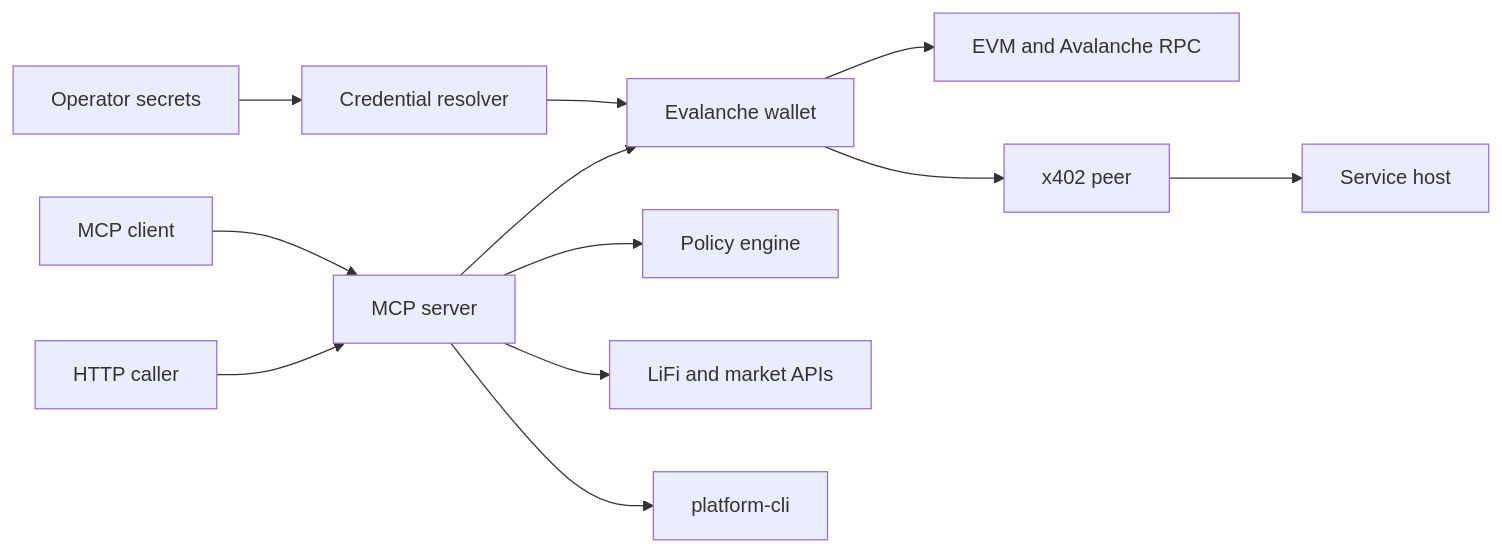
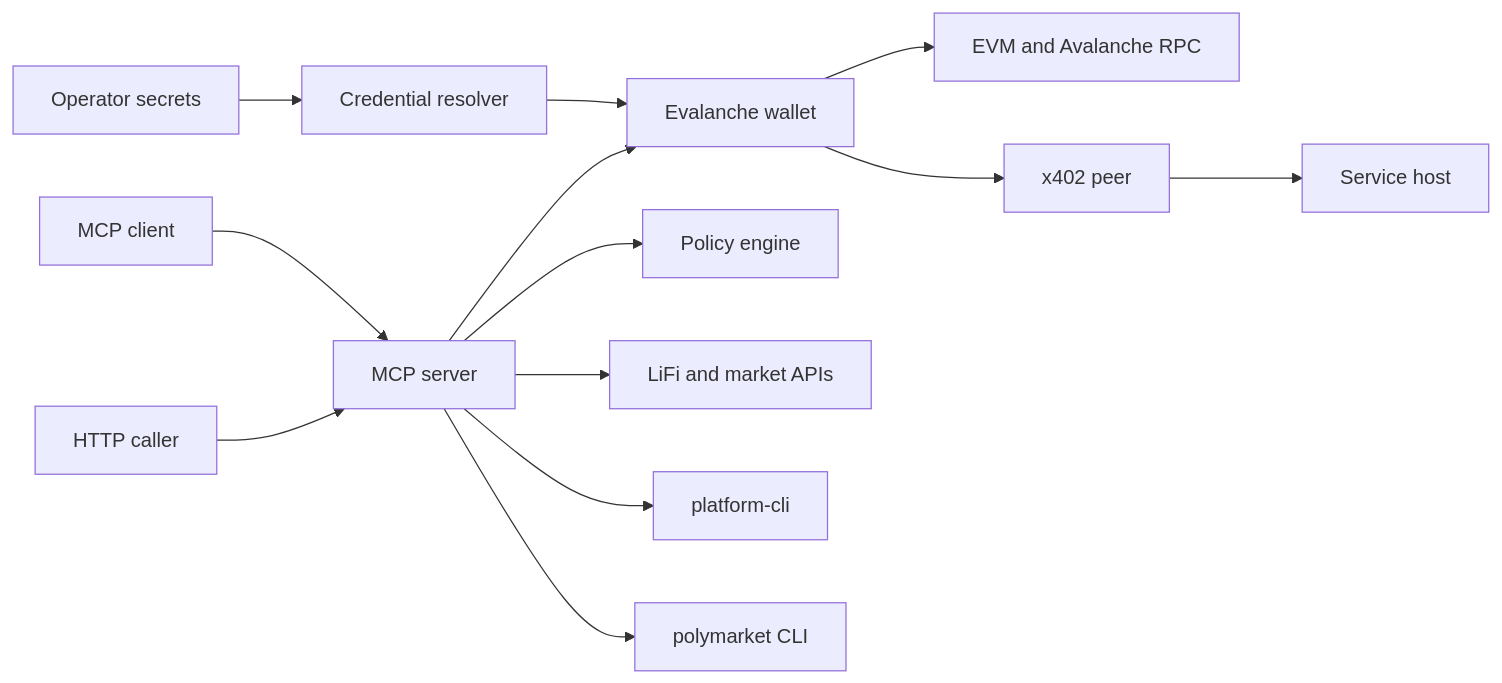
One commit to iJaack/evalanche changed the diagram in evalanche-threat-model.md. Above: the diagram before and after it, drawn with Mermaid. The commit also changed other lines of this file and 23 other files, not shown here.

Commit message:
feat: route Polymarket through official CLI

````diff
--- a/evalanche-threat-model.md
+++ b/evalanche-threat-model.md
@@ -48,14 +49,15 @@
 ```mermaid
 flowchart LR
   A["Operator secrets"] --> B["Credential resolver"]
   B --> C["Evalanche wallet"]
   D["MCP client"] --> E["MCP server"]
   F["HTTP caller"] --> E
   E --> C
   E --> G["Policy engine"]
   C --> H["EVM and Avalanche RPC"]
   E --> I["LiFi and market APIs"]
   E --> J["platform-cli"]
+  E --> M["polymarket CLI"]
   K["x402 peer"] --> L["Service host"]
   C --> K
 ```
````
